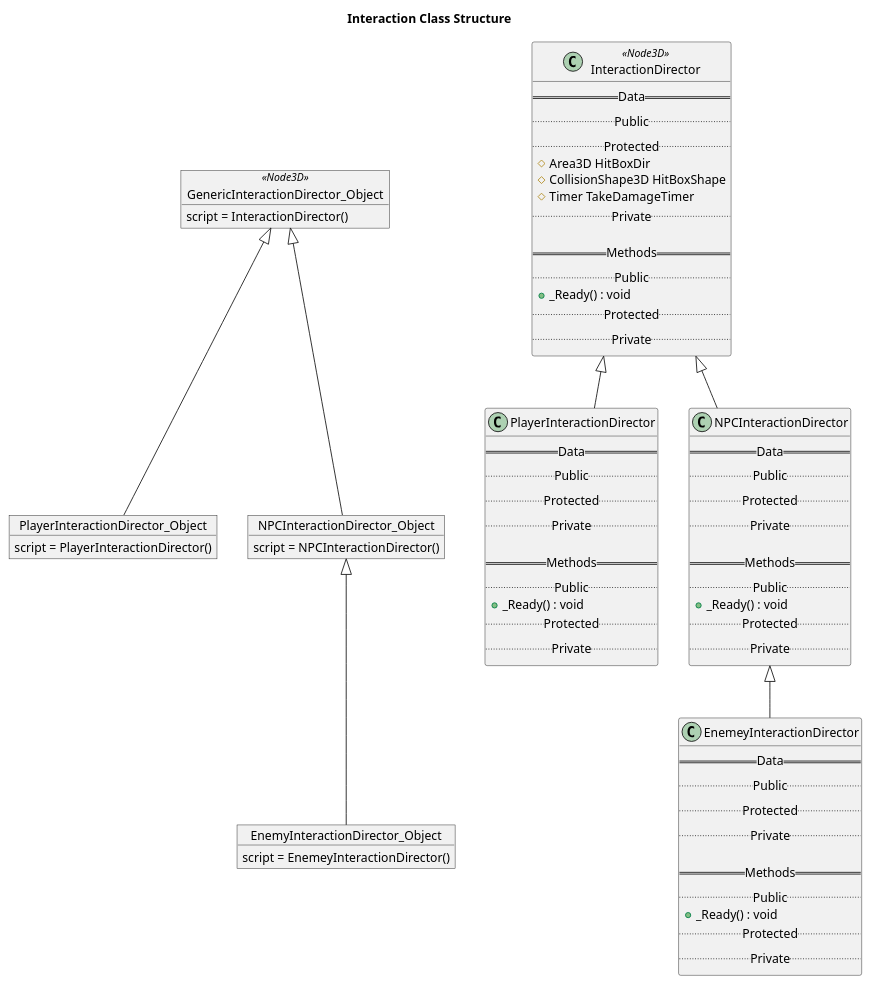
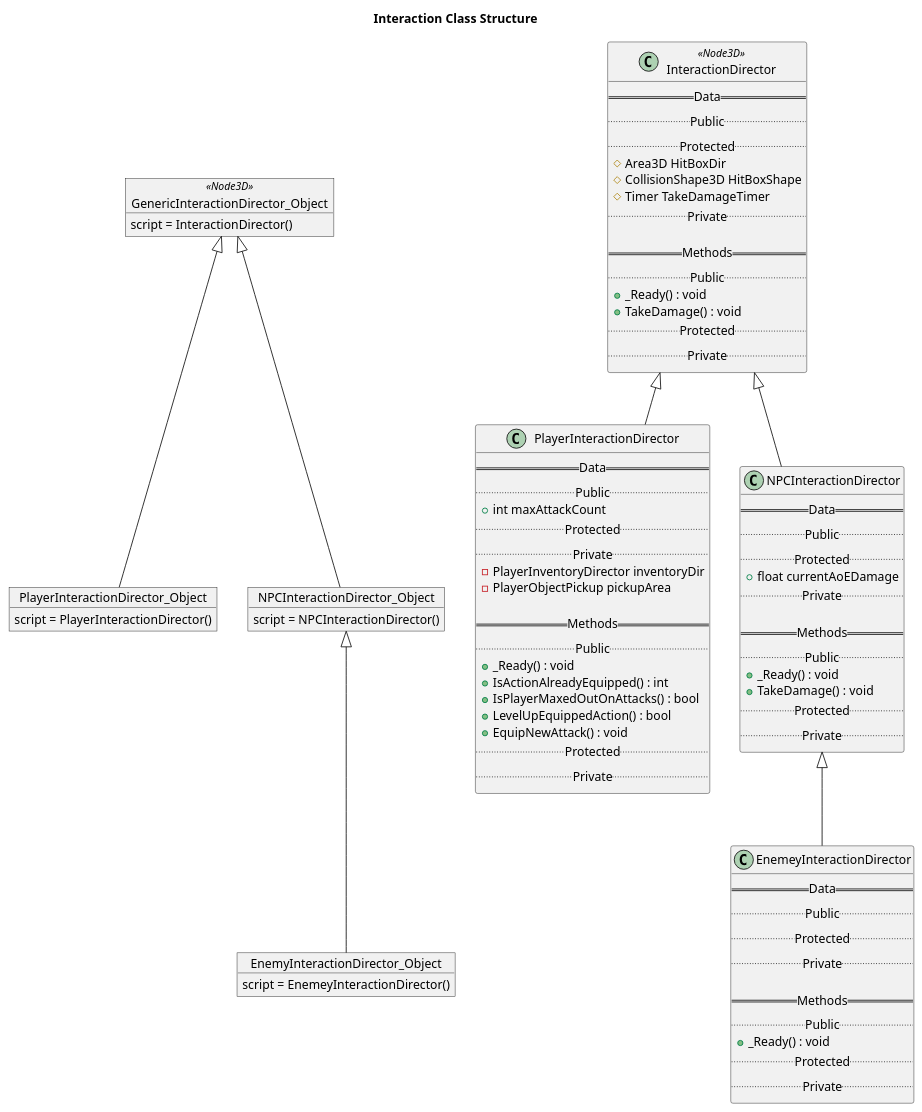
The diagram in UML-Diagrams/src/Interaction_Class_Struct.puml (kjtkanaly/Roguelike-Shoot-Em-Up), drawn with PlantUML before and after one commit. The commit also changed 13 other files, not shown here.

```diff
--- a/UML-Diagrams/src/Interaction_Class_Struct.puml
+++ b/UML-Diagrams/src/Interaction_Class_Struct.puml
@@ -1,88 +1,98 @@
 @startuml Interaction Class Structure
 
 title Interaction Class Structure
 
 ' Interaction Objects
 object GenericInteractionDirector_Object <<Node3D>> {
     script = InteractionDirector()
 }
 
 object PlayerInteractionDirector_Object {
     script = PlayerInteractionDirector()
 }
 
 object NPCInteractionDirector_Object {
     script = NPCInteractionDirector()
 }
 
 object EnemyInteractionDirector_Object {
     script = EnemeyInteractionDirector()
 }
 
 GenericInteractionDirector_Object <|-- PlayerInteractionDirector_Object
 GenericInteractionDirector_Object <|-- NPCInteractionDirector_Object
 NPCInteractionDirector_Object <|-- EnemyInteractionDirector_Object
 
 ' Method Classes
 class InteractionDirector <<Node3D>>{
     == Data ==
     .. Public ..
     .. Protected ..
     # Area3D HitBoxDir
     # CollisionShape3D HitBoxShape
     # Timer TakeDamageTimer
     .. Private ..
 
     == Methods ==
     .. Public ..
     + _Ready() : void
+    + TakeDamage() : void
     .. Protected ..
     .. Private ..
 }
 
 class PlayerInteractionDirector {
     == Data ==
     .. Public ..
+    + int maxAttackCount
     .. Protected ..
     .. Private ..
+    - PlayerInventoryDirector inventoryDir
+    - PlayerObjectPickup pickupArea
 
     == Methods ==
     .. Public ..
     + _Ready() : void
+    + IsActionAlreadyEquipped() : int
+    + IsPlayerMaxedOutOnAttacks() : bool
+    + LevelUpEquippedAction() : bool
+    + EquipNewAttack() : void
     .. Protected ..
     .. Private ..
 }
 
 class NPCInteractionDirector {
     == Data ==
     .. Public ..
     .. Protected ..
+    + float currentAoEDamage
     .. Private ..
 
     == Methods ==
     .. Public ..
     + _Ready() : void
+    + TakeDamage() : void
     .. Protected ..
     .. Private ..
 }
 
 class EnemeyInteractionDirector {
     == Data ==
     .. Public ..
     .. Protected ..
     .. Private ..
 
     == Methods ==
     .. Public ..
     + _Ready() : void
     .. Protected ..
     .. Private ..
 }
 
 InteractionDirector <|-- PlayerInteractionDirector
 InteractionDirector <|-- NPCInteractionDirector
 NPCInteractionDirector <|-- EnemeyInteractionDirector
 
 ' Resource Classes
 
 @enduml
```
